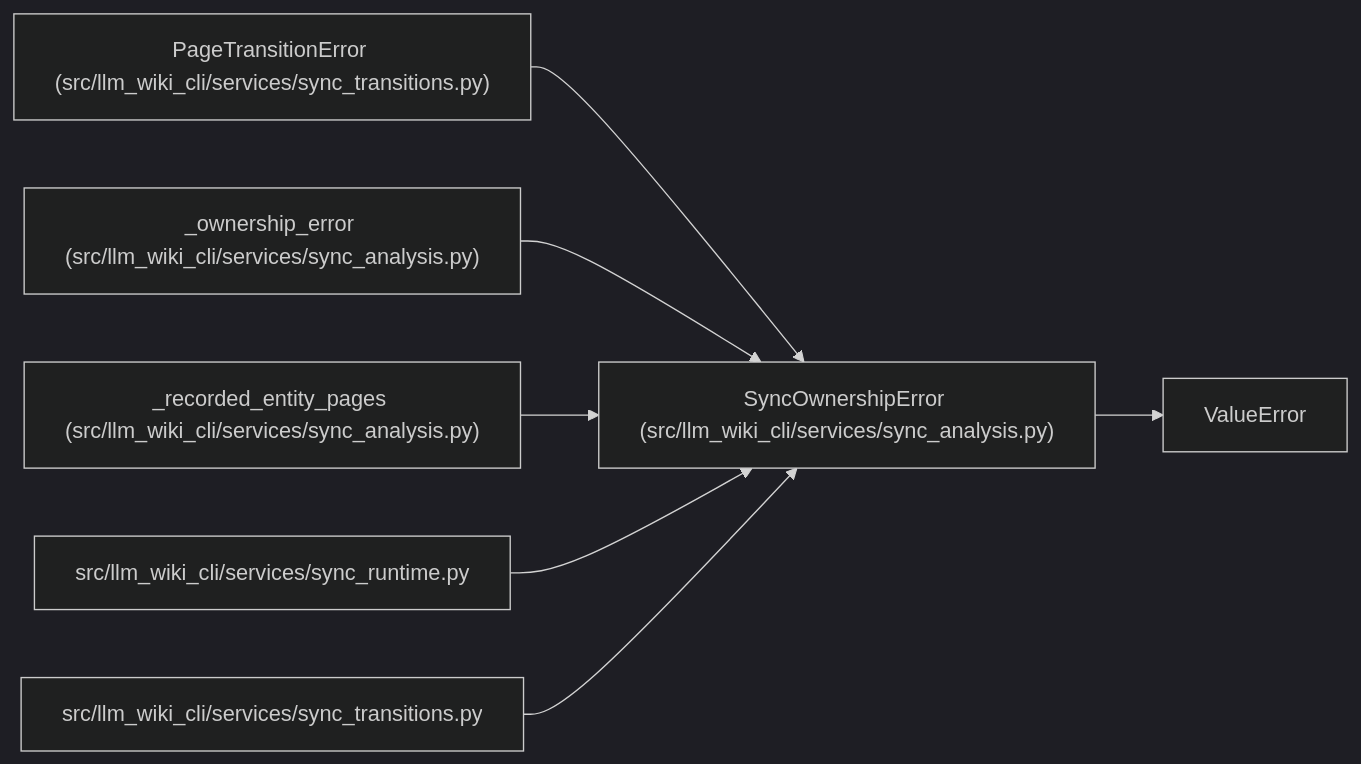
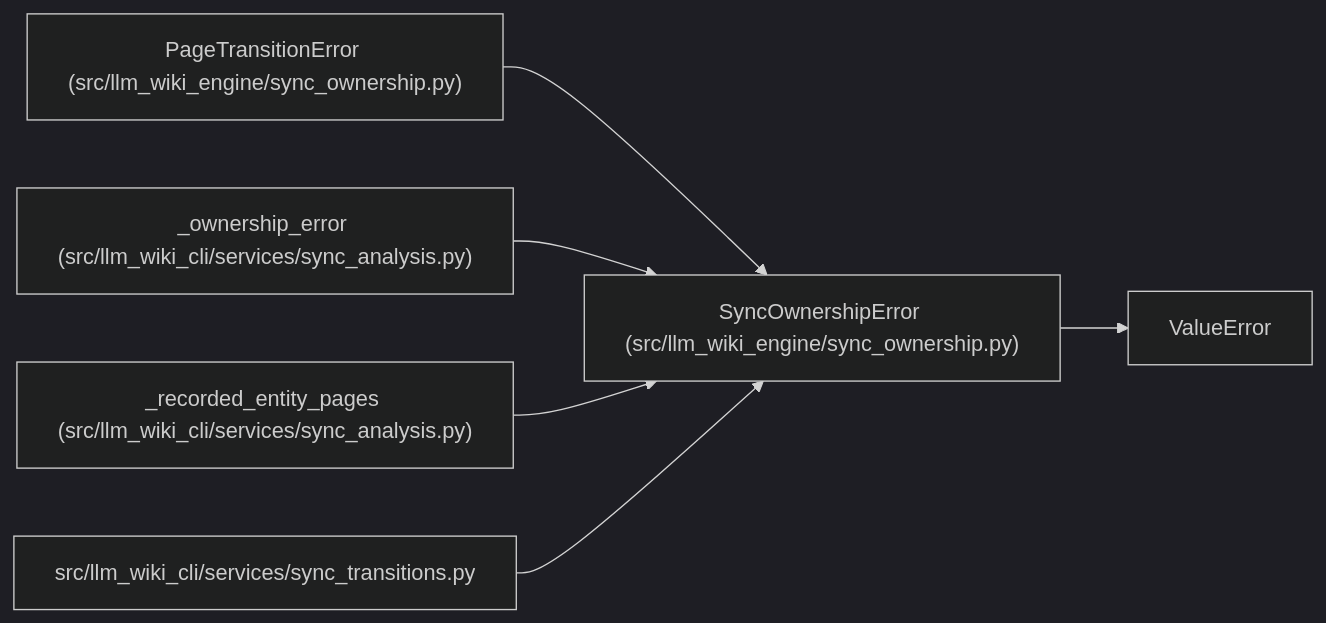
The diagram in docs/llm_wiki/entities/SyncOwnershipError.md (Denissvgn/python-wiki-llm), drawn with Mermaid (dark theme) before and after one commit. The commit also changed other lines of this file and 648 other files, not shown here.

Commit message:
docs: refresh the wiki for the engine task contract and search

````diff
--- a/docs/llm_wiki/entities/SyncOwnershipError.md
+++ b/docs/llm_wiki/entities/SyncOwnershipError.md
@@ -23,22 +23,19 @@
 ```mermaid
 flowchart LR
-    n0["SyncOwnershipError (src/llm_wiki_cli/services/sync_analysis.py)"]
+    n0["SyncOwnershipError (src/llm_wiki_engine/sync_ownership.py)"]
     n1["ValueError"]
-    n2["PageTransitionError (src/llm_wiki_cli/services/sync_transitions.py)"]
+    n2["PageTransitionError (src/llm_wiki_engine/sync_ownership.py)"]
     n3["_ownership_error (src/llm_wiki_cli/services/sync_analysis.py)"]
     n4["_recorded_entity_pages (src/llm_wiki_cli/services/sync_analysis.py)"]
-    n5["src/llm_wiki_cli/services/sync_runtime.py"]
-    n6["src/llm_wiki_cli/services/sync_transitions.py"]
+    n5["src/llm_wiki_cli/services/sync_transitions.py"]
     n0 --> n1
     n2 --> n0
     n3 --> n0
     n4 --> n0
     n5 --> n0
-    n6 --> n0
-    click n0 "../modules/sync_analysis.md"
-    click n2 "../modules/sync_transitions.md"
+    click n0 "../modules/sync_ownership.md"
+    click n2 "../modules/sync_ownership.md"
     click n3 "../modules/sync_analysis.md"
     click n4 "../modules/sync_analysis.md"
-    click n5 "../modules/sync_runtime.md"
-    click n6 "../modules/sync_transitions.md"
+    click n5 "../modules/sync_transitions.md"
 ```
````
